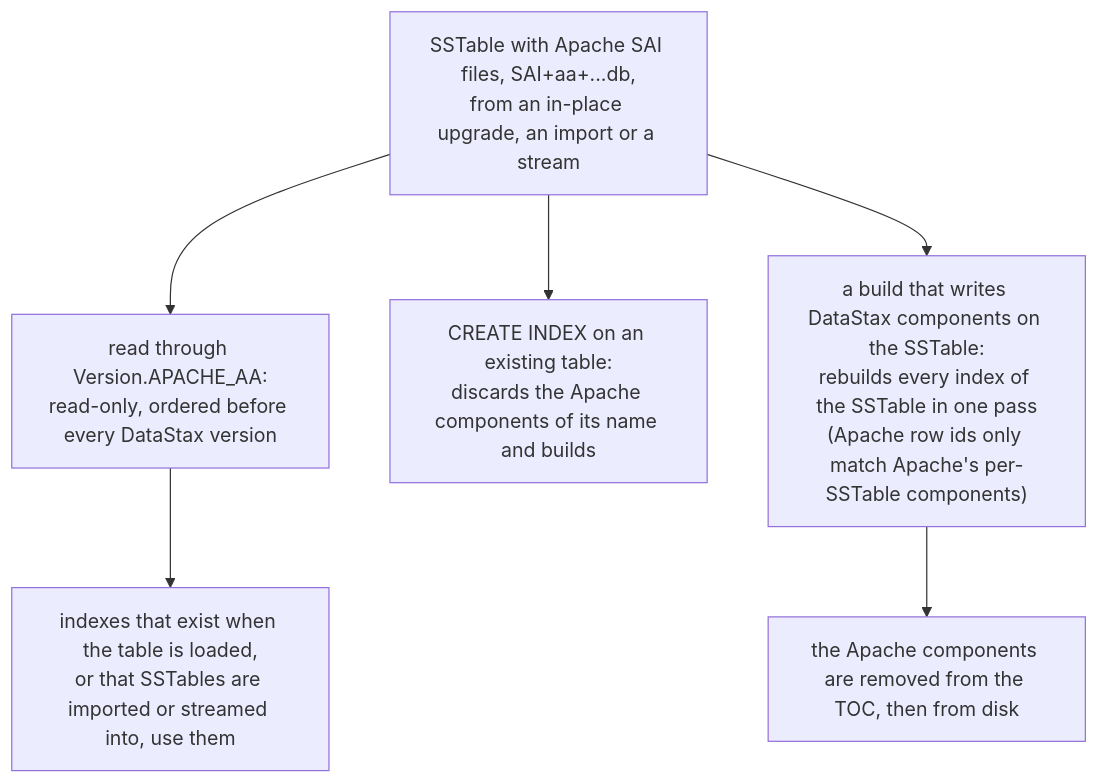
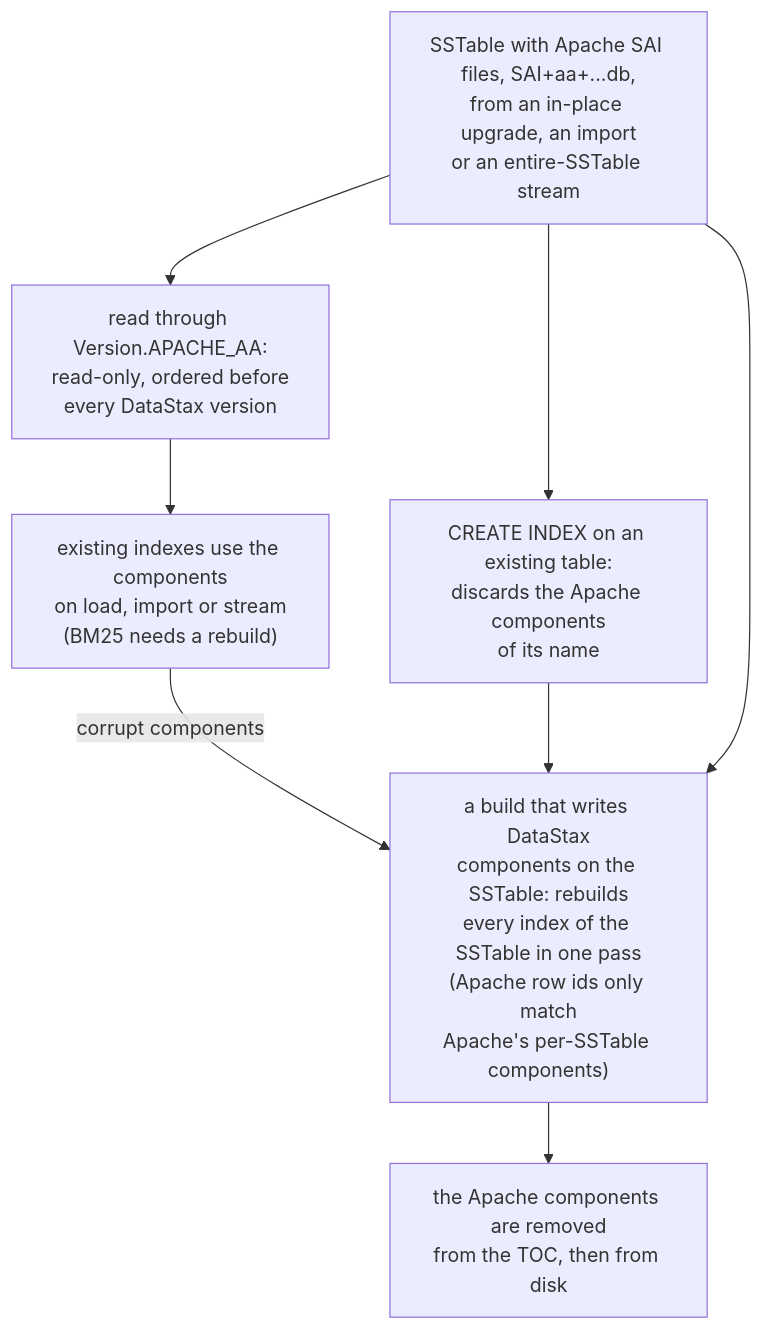
The fourth of 7 diagrams in sai-apache-ports/README.md (JeremiahDJordan/ai-review-guides), drawn with Mermaid before and after one commit. The commit also changed other lines of this file and 6 other files, not shown here.

First line of the commit message:
Link the SAI guide's commits, add a one-page overview, and correct both documents

````diff
--- a/sai-apache-ports/README.md
+++ b/sai-apache-ports/README.md
@@ -164,8 +207,10 @@
 ```mermaid
 flowchart TD
-    AF["SSTable with Apache SAI files, SAI+aa+...db,<br/>from an in-place upgrade, an import or a stream"] --> RO["read through Version.APACHE_AA:<br/>read-only, ordered before every DataStax version"]
-    RO --> U["indexes that exist when the table is loaded,<br/>or that SSTables are imported or streamed into, use them"]
-    AF --> CI["CREATE INDEX on an existing table:<br/>discards the Apache components of its name and builds"]
-    AF --> B["a build that writes DataStax components on the SSTable:<br/>rebuilds every index of the SSTable in one pass<br/>(Apache row ids only match Apache's per-SSTable components)"]
-    B --> RM["the Apache components are removed from the TOC, then from disk"]
+    AF["SSTable with Apache SAI files, SAI+aa+...db,<br/>from an in-place upgrade, an import<br/>or an entire-SSTable stream"] --> RO["read through Version.APACHE_AA:<br/>read-only, ordered before<br/>every DataStax version"]
+    RO --> U["existing indexes use the components<br/>on load, import or stream<br/>(BM25 needs a rebuild)"]
+    U -->|"corrupt components"| B
+    AF --> CI["CREATE INDEX on an existing table:<br/>discards the Apache components<br/>of its name"]
+    CI --> B
+    AF --> B["a build that writes DataStax<br/>components on the SSTable: rebuilds<br/>every index of the SSTable in one pass<br/>(Apache row ids only match<br/>Apache's per-SSTable components)"]
+    B --> RM["the Apache components are removed<br/>from the TOC, then from disk"]
 ```
````
